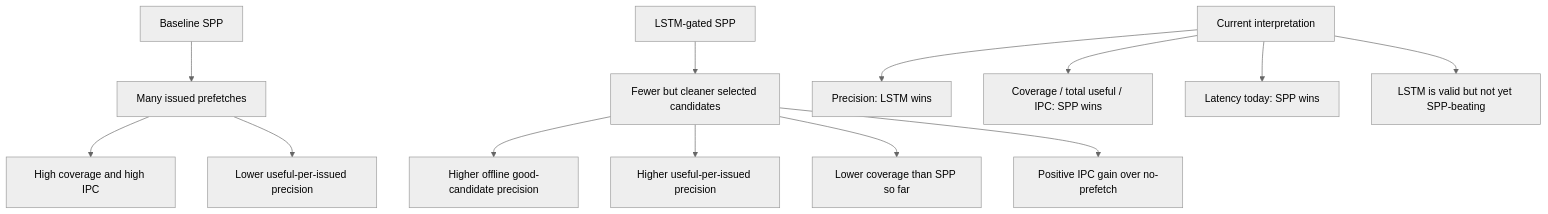
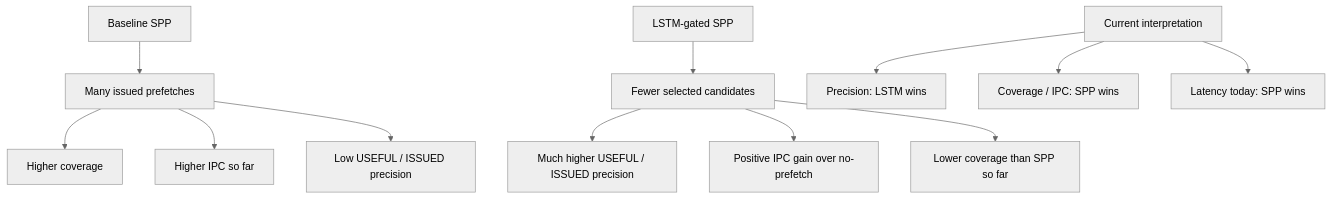
One commit to Angelawoo572/cache_arch changed the fifth of 6 diagrams in formal_NN_training/LSTM_cache_action_pipeline_story.md. Above: the diagram before and after it, drawn with Mermaid (neutral theme). The commit also changed other lines of this file, not shown here.

Commit message:
Update LSTM pipeline story with 602 and 619 results

````diff
--- a/formal_NN_training/LSTM_cache_action_pipeline_story.md
+++ b/formal_NN_training/LSTM_cache_action_pipeline_story.md
@@ -313,17 +178,16 @@
 ```mermaid
 flowchart TD
     A[Baseline SPP] --> A1[Many issued prefetches]
-    A1 --> A2[High coverage and high IPC]
-    A1 --> A3[Lower useful-per-issued precision]
+    A1 --> A2[Higher coverage]
+    A1 --> A3[Higher IPC so far]
+    A1 --> A4[Low USEFUL / ISSUED precision]
 
-    B[LSTM-gated SPP] --> B1[Fewer but cleaner selected candidates]
-    B1 --> B2[Higher offline good-candidate precision]
-    B1 --> B3[Higher useful-per-issued precision]
+    B[LSTM-gated SPP] --> B1[Fewer selected candidates]
+    B1 --> B2[Much higher USEFUL / ISSUED precision]
+    B1 --> B3[Positive IPC gain over no-prefetch]
     B1 --> B4[Lower coverage than SPP so far]
-    B1 --> B5[Positive IPC gain over no-prefetch]
 
     C[Current interpretation] --> C1[Precision: LSTM wins]
-    C --> C2[Coverage / total useful / IPC: SPP wins]
+    C --> C2[Coverage / IPC: SPP wins]
     C --> C3[Latency today: SPP wins]
-    C --> C4[LSTM is valid but not yet SPP-beating]
 ```
````
